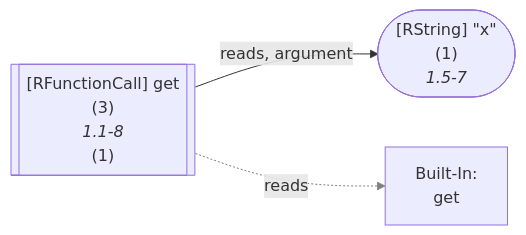
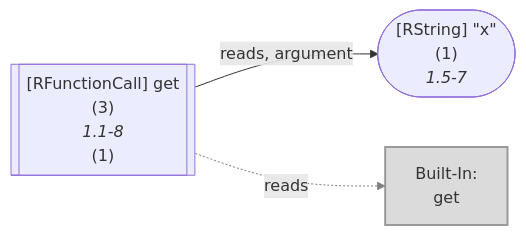
Before and after one commit to flowr-analysis/flowr: the seventh of 48 diagrams in wiki/Dataflow Graph.md, drawn with Mermaid. The commit also changed other lines of this file and 4 other files, not shown here.

````diff
--- a/wiki/Dataflow Graph.md
+++ b/wiki/Dataflow Graph.md
@@ -768,15 +784,16 @@
 ```mermaid
 flowchart LR
     1(["`#91;RString#93; #34;x#34;
       (1)
       *1.5-7*`"])
     3[["`#91;RFunctionCall#93; get
       (3)
       *1.1-8*
     (1)`"]]
     built-in:get["`Built-In:
 get`"]
+    style built-in:get stroke:gray,fill:lightgray,stroke-width:2px,opacity:.8;
     3 -->|"reads, argument"| 1
     3 -.->|"reads"| built-in:get
     linkStyle 1 stroke:gray;
 ```
````
